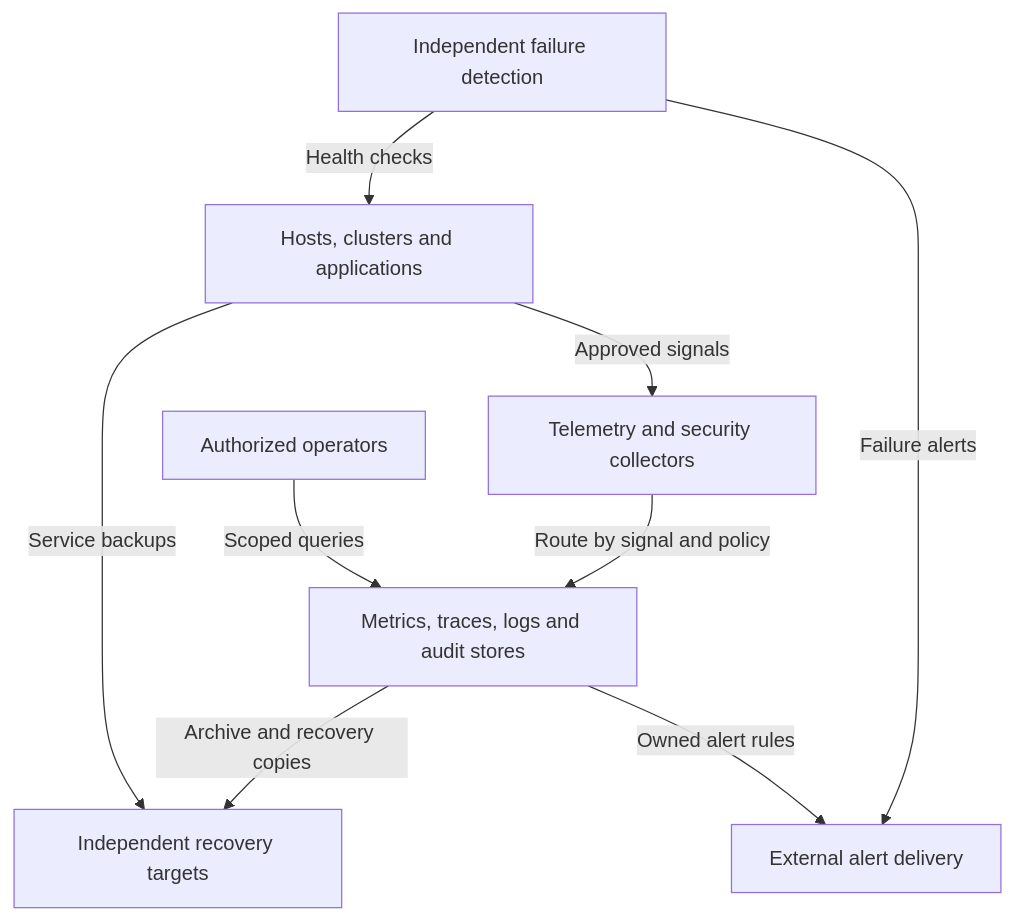
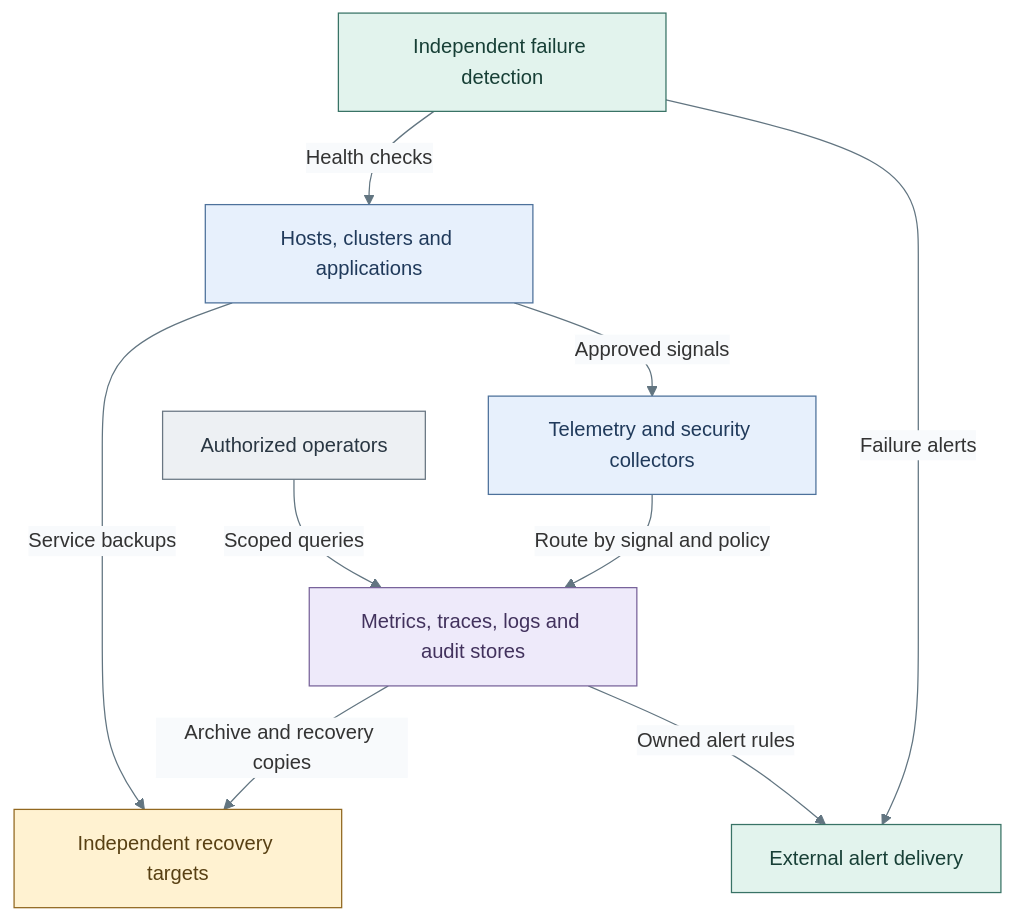
The diagram in docs/architecture/operations/README.md (Rexus/homelab), drawn with Mermaid before and after one commit. The commit also changed 49 other files, not shown here.

Commit message:
docs(diagrams): clarify tier layouts and visual styles

````diff
--- a/docs/architecture/operations/README.md
+++ b/docs/architecture/operations/README.md
@@ -23,11 +23,23 @@
 ```mermaid
+%%{init: {"theme":"base","themeVariables":{"lineColor":"#627581","edgeLabelBackground":"#f8fafc"}}}%%
 flowchart TB
   Runtime["Hosts, clusters and applications"] -->|Approved signals| Collectors["Telemetry and security collectors"]
   Collectors -->|Route by signal and policy| Stores["Metrics, traces, logs and audit stores"]
   Operators["Authorized operators"] -->|Scoped queries| Stores
   Stores -->|Archive and recovery copies| Recovery["Independent recovery targets"]
   Runtime -->|Service backups| Recovery
   External["Independent failure detection"] -->|Health checks| Runtime
   External -->|Failure alerts| Alerts["External alert delivery"]
   Stores -->|Owned alert rules| Alerts
+  classDef default fill:#f8fafc,stroke:#64748b,color:#1f2937
+  classDef services fill:#e7f0fc,stroke:#4d719b,color:#203a5b
+  classDef data fill:#eeeafa,stroke:#78639b,color:#42325d
+  classDef custody fill:#fff2d1,stroke:#926820,color:#584013
+  classDef control fill:#e2f3ed,stroke:#397366,color:#173f36
+  classDef actor fill:#edf0f3,stroke:#697682,color:#293642
+  class Runtime,Collectors services
+  class Stores data
+  class Recovery custody
+  class External,Alerts control
+  class Operators actor
 ```
````
